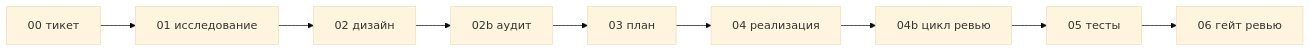
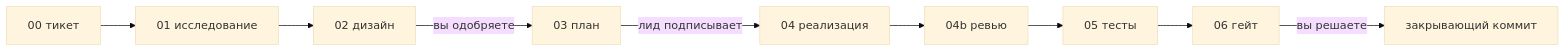
One commit to TmsNine/tms-pipeline changed the diagram in README.ru.md. Above: the diagram before and after it, drawn with Mermaid (base theme). The commit also changed other lines of this file and 38 other files, not shown here.

````diff
--- a/README.ru.md
+++ b/README.ru.md
@@ -124,5 +125,7 @@
 ```mermaid
 flowchart LR
-  T["00 тикет"] --> R["01 исследование"] --> D["02 дизайн"] --> G["02b аудит"]
-  G --> P["03 план"] --> I["04 реализация"] --> L["04b цикл ревью"] --> TE["05 тесты"] --> RG["06 гейт ревью"]
+  T["00 тикет"] --> R["01 исследование"] --> D["02 дизайн"]
+  D -->|"вы одобряете"| P["03 план"]
+  P -->|"лид подписывает"| I["04 реализация"] --> L["04b ревью"] --> TE["05 тесты"] --> G["06 гейт"]
+  G -->|"вы решаете"| Done["закрывающий коммит"]
 ```
````
